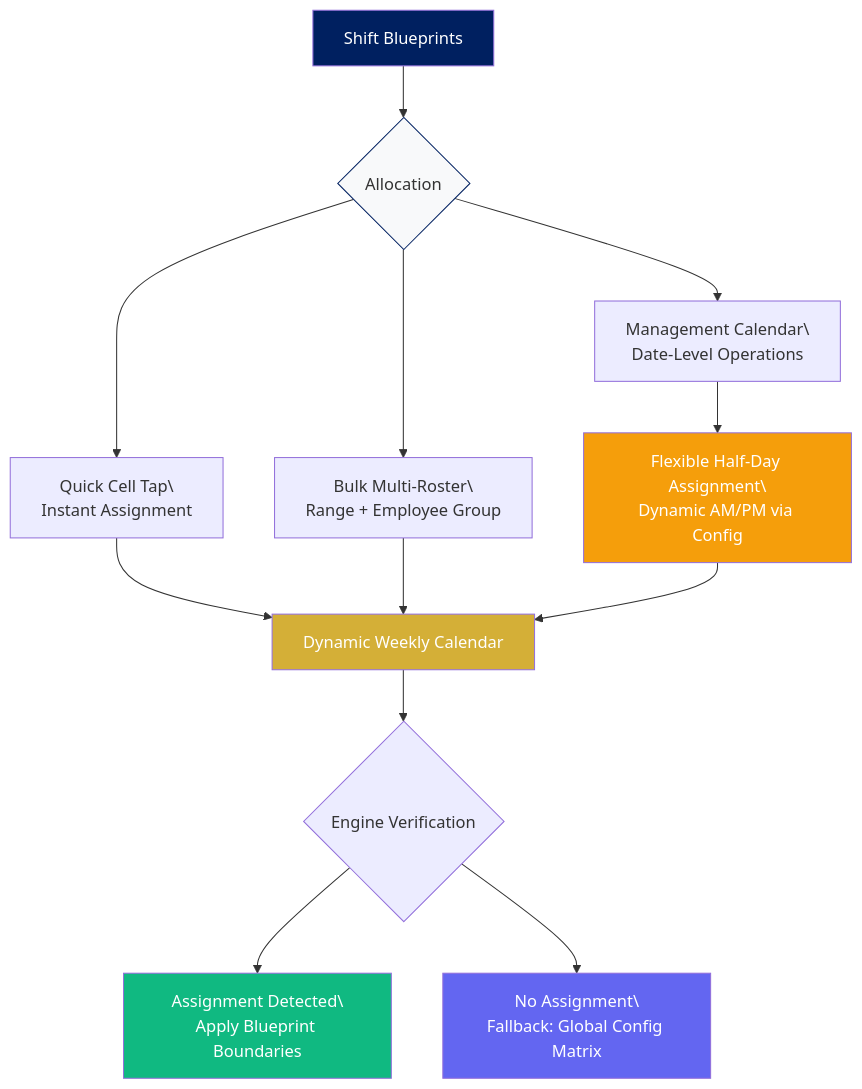
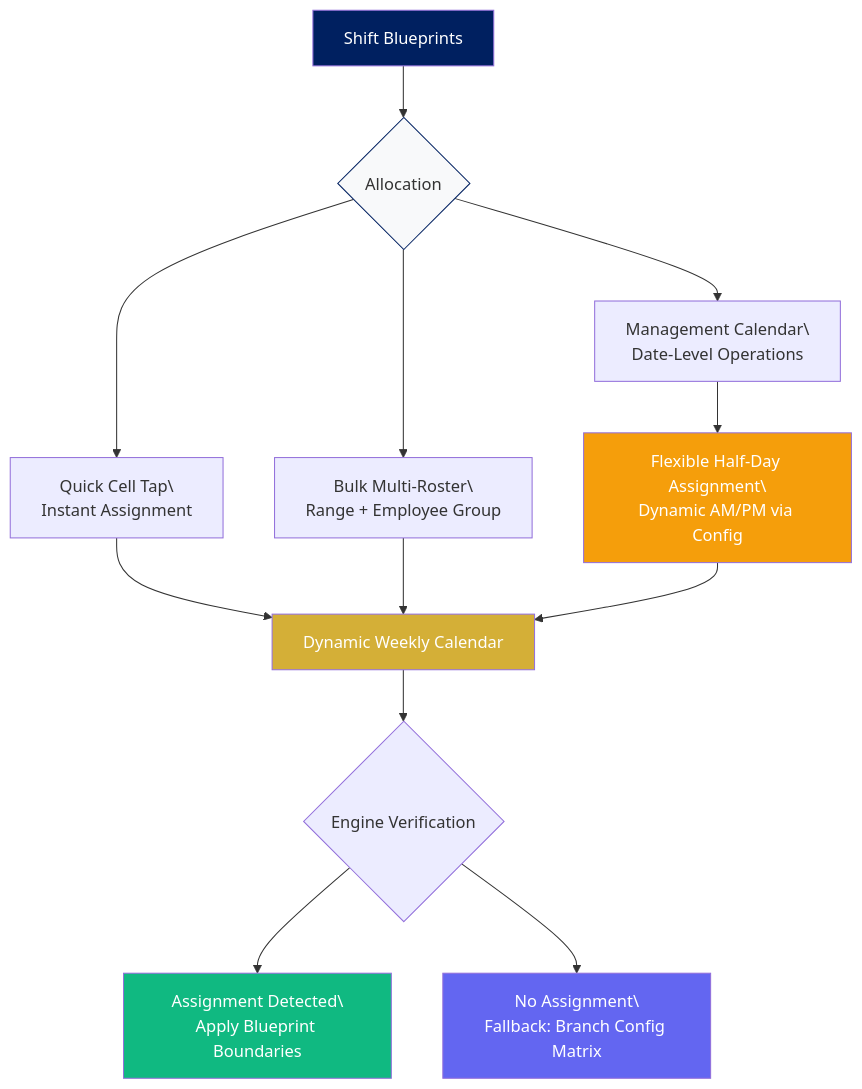
The eighth of 15 diagrams in README.md (binssente-crypto/PAYROLL-DOCUMENTATION), drawn with Mermaid before and after one commit. The commit also changed other lines of this file, not shown here.

````diff
--- a/README.md
+++ b/README.md
@@ -261,23 +261,23 @@
 ```mermaid
 flowchart TD
     SHIFT[Shift Blueprints] --> ASSIGN{Allocation}
     ASSIGN --> SINGLE[Quick Cell Tap\\nInstant Assignment]
     ASSIGN --> BULK[Bulk Multi-Roster\\nRange + Employee Group]
     ASSIGN --> MGMT[Management Calendar\\nDate-Level Operations]
     
     SINGLE --> ROSTER[Dynamic Weekly Calendar]
     BULK --> ROSTER
     MGMT --> HALF[Flexible Half-Day Assignment\\nDynamic AM/PM via Config]
     HALF --> ROSTER
     
     ROSTER --> ATT{Engine Verification}
     ATT --> HAS[Assignment Detected\\nApply Blueprint Boundaries]
-    ATT --> NO[No Assignment\\nFallback: Global Config Matrix]
+    ATT --> NO[No Assignment\\nFallback: Branch Config Matrix]
 
     style SHIFT fill:#002060,color:#fff
     style ROSTER fill:#D4AF37,color:#fff
     style HALF fill:#f59e0b,color:#fff
     style HAS fill:#10b981,color:#fff
     style NO fill:#6366f1,color:#fff
     style ASSIGN fill:#f8f9fa,stroke:#002060
 ```
````
